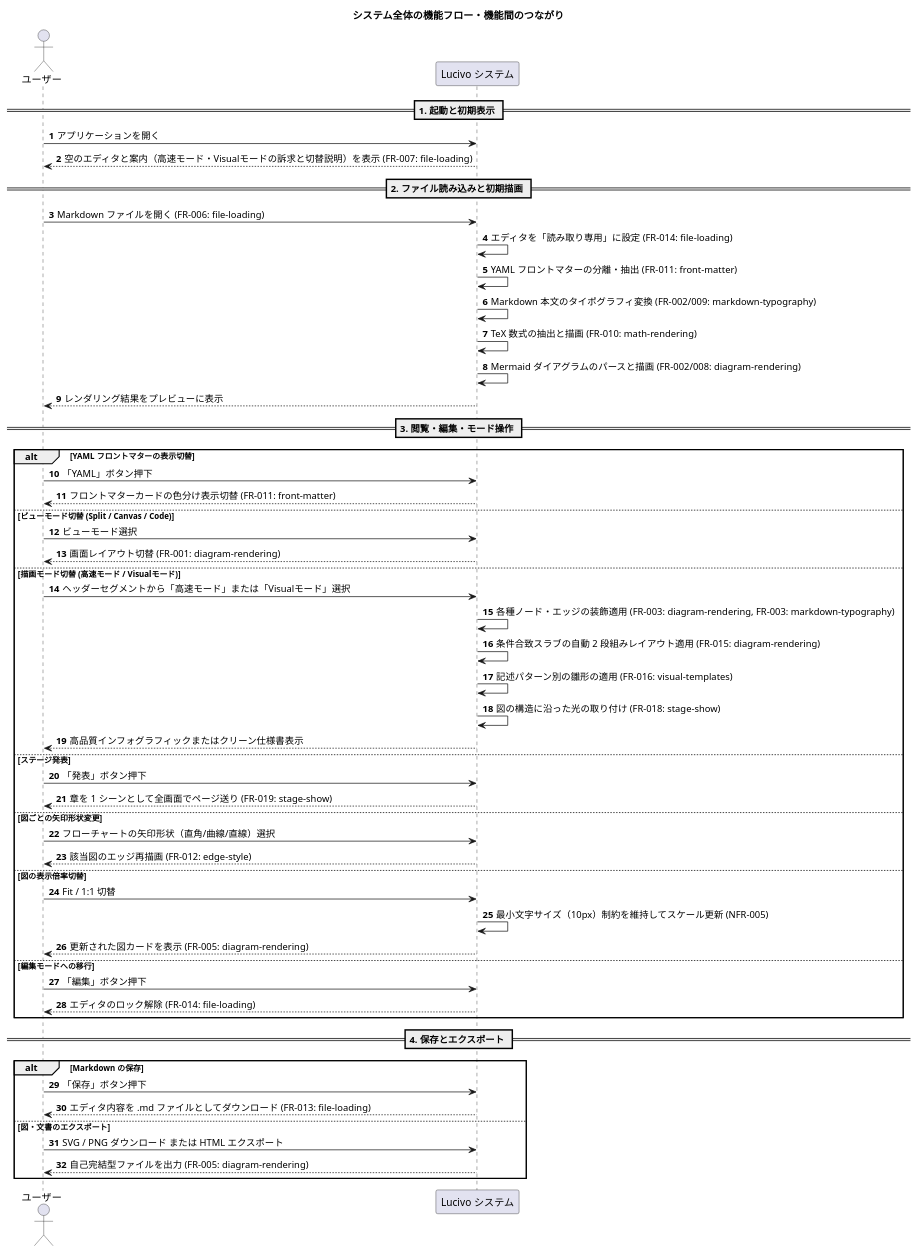
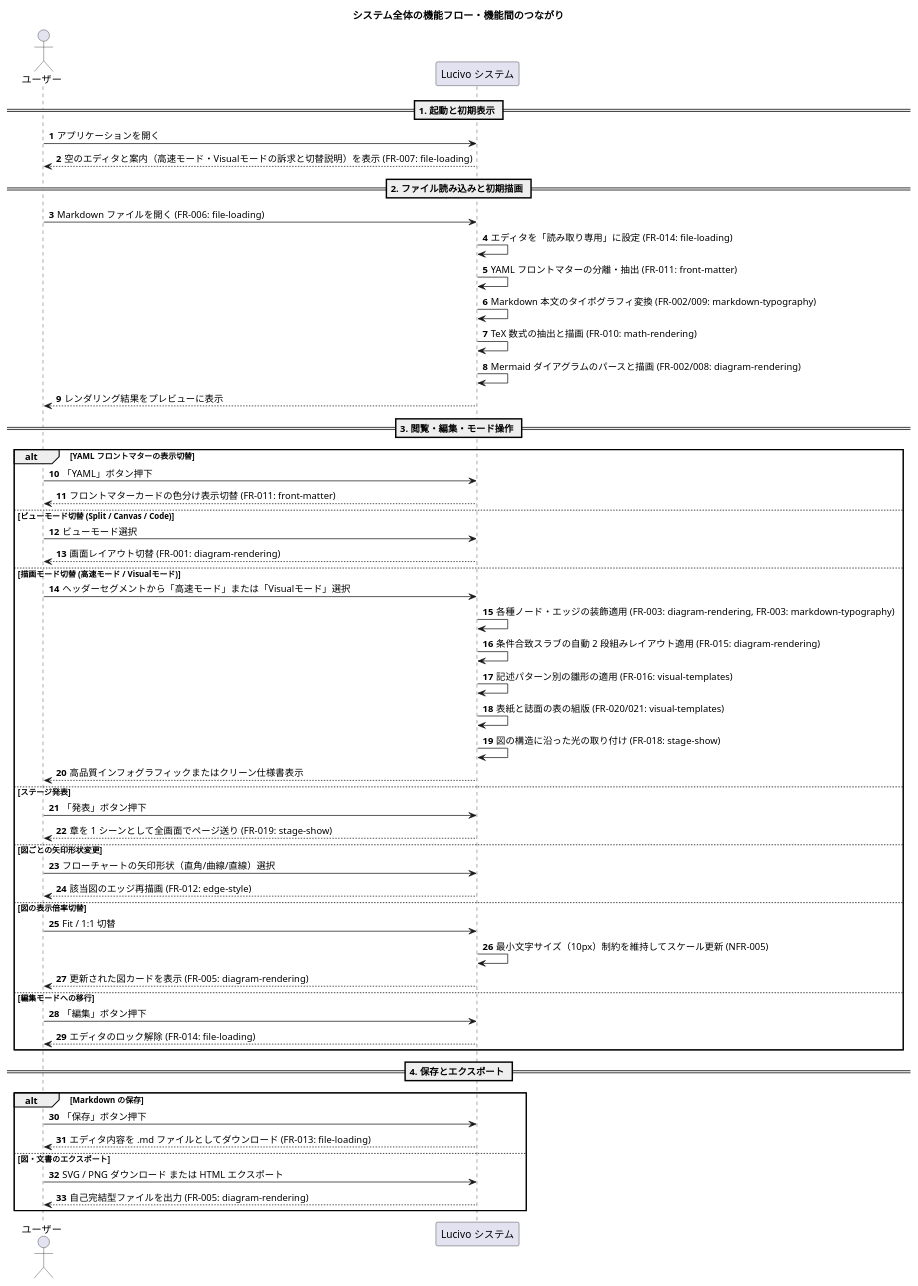
The second of 2 diagrams in doc/1.SRS.md (prankster-freedom/Lucivo), drawn with PlantUML before and after one commit. The commit also changed other lines of this file and 18 other files, not shown here.

````diff
--- a/doc/1.SRS.md
+++ b/doc/1.SRS.md
@@ -120,59 +120,60 @@
 ```plantuml
 @startuml
 title システム全体の機能フロー・機能間のつながり
 autonumber
 actor "ユーザー" as User
 participant "Lucivo システム" as App
 
 == 1. 起動と初期表示 ==
 User -> App: アプリケーションを開く
 App --> User: 空のエディタと案内（高速モード・Visualモードの訴求と切替説明）を表示 (FR-007: file-loading)
 
 == 2. ファイル読み込みと初期描画 ==
 User -> App: Markdown ファイルを開く (FR-006: file-loading)
 App -> App: エディタを「読み取り専用」に設定 (FR-014: file-loading)
 App -> App: YAML フロントマターの分離・抽出 (FR-011: front-matter)
 App -> App: Markdown 本文のタイポグラフィ変換 (FR-002/009: markdown-typography)
 App -> App: TeX 数式の抽出と描画 (FR-010: math-rendering)
 App -> App: Mermaid ダイアグラムのパースと描画 (FR-002/008: diagram-rendering)
 App --> User: レンダリング結果をプレビューに表示
 
 == 3. 閲覧・編集・モード操作 ==
 alt YAML フロントマターの表示切替
   User -> App: 「YAML」ボタン押下
   App --> User: フロントマターカードの色分け表示切替 (FR-011: front-matter)
 else ビューモード切替 (Split / Canvas / Code)
   User -> App: ビューモード選択
   App --> User: 画面レイアウト切替 (FR-001: diagram-rendering)
 else 描画モード切替 (高速モード / Visualモード)
   User -> App: ヘッダーセグメントから「高速モード」または「Visualモード」選択
   App -> App: 各種ノード・エッジの装飾適用 (FR-003: diagram-rendering, FR-003: markdown-typography)
   App -> App: 条件合致スラブの自動 2 段組みレイアウト適用 (FR-015: diagram-rendering)
   App -> App: 記述パターン別の雛形の適用 (FR-016: visual-templates)
+  App -> App: 表紙と誌面の表の組版 (FR-020/021: visual-templates)
   App -> App: 図の構造に沿った光の取り付け (FR-018: stage-show)
   App --> User: 高品質インフォグラフィックまたはクリーン仕様書表示
 else ステージ発表
   User -> App: 「発表」ボタン押下
   App --> User: 章を 1 シーンとして全画面でページ送り (FR-019: stage-show)
 else 図ごとの矢印形状変更
   User -> App: フローチャートの矢印形状（直角/曲線/直線）選択
   App --> User: 該当図のエッジ再描画 (FR-012: edge-style)
 else 図の表示倍率切替
   User -> App: Fit / 1:1 切替
   App -> App: 最小文字サイズ（10px）制約を維持してスケール更新 (NFR-005)
   App --> User: 更新された図カードを表示 (FR-005: diagram-rendering)
 else 編集モードへの移行
   User -> App: 「編集」ボタン押下
   App --> User: エディタのロック解除 (FR-014: file-loading)
 end
 
 == 4. 保存とエクスポート ==
 alt Markdown の保存
   User -> App: 「保存」ボタン押下
   App --> User: エディタ内容を .md ファイルとしてダウンロード (FR-013: file-loading)
 else 図・文書のエクスポート
   User -> App: SVG / PNG ダウンロード または HTML エクスポート
   App --> User: 自己完結型ファイルを出力 (FR-005: diagram-rendering)
 end
 @enduml
 ```
````
